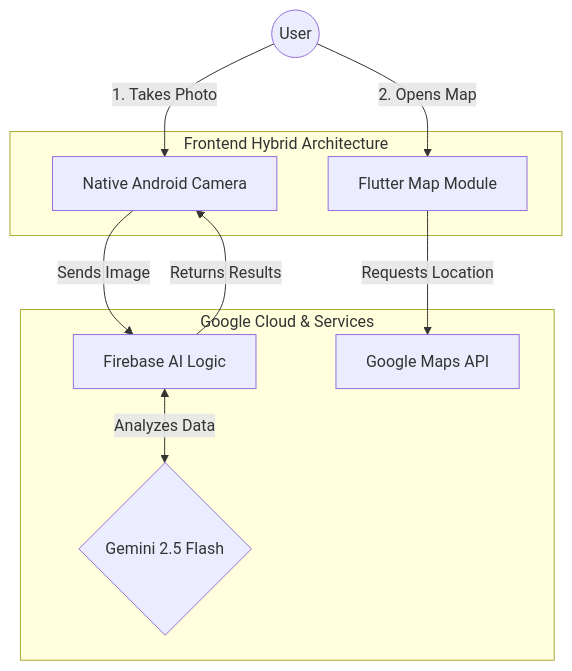
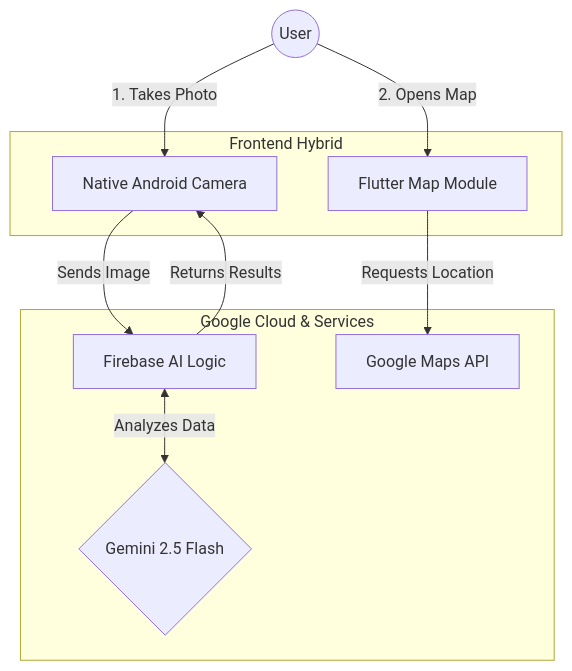
The diagram in README.md (ngweiru/banana-2026), drawn with Mermaid before and after one commit.

Commit message:
Fix subgraph title in README.md

````diff
--- a/README.md
+++ b/README.md
@@ -37,19 +37,20 @@
 ```mermaid
 graph TD
     User(( User)) -->|1. Takes Photo| Native[ Native Android Camera]
     User -->|2. Opens Map| Flutter[ Flutter Map Module]
     
-    subgraph Frontend Hybrid Architecture
+    subgraph Frontend Hybrid 
+
         Native
         Flutter
     end
 
     subgraph Google Cloud & Services
         Native -->|Sends Image| FirebaseAI[ Firebase AI Logic]
         FirebaseAI <-->|Analyzes Data| Gemini{ Gemini 2.5 Flash}
         FirebaseAI -->|Returns Results| Native
         
         Flutter -->|Requests Location| Maps[ Google Maps API]
     end
     
 ```
````
